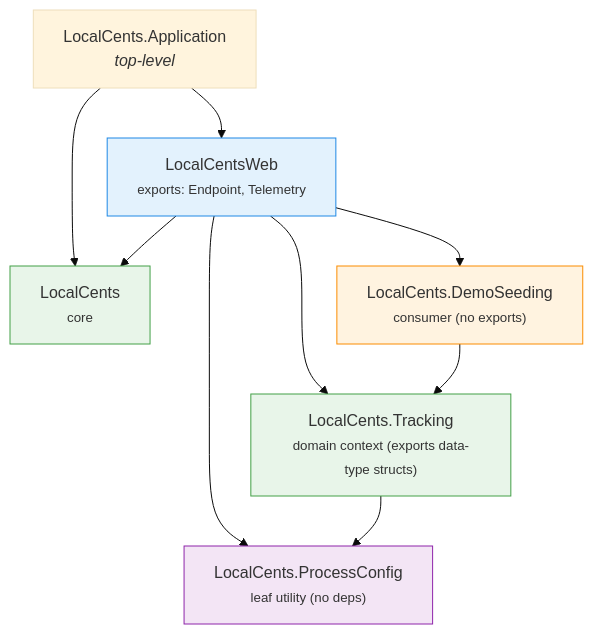
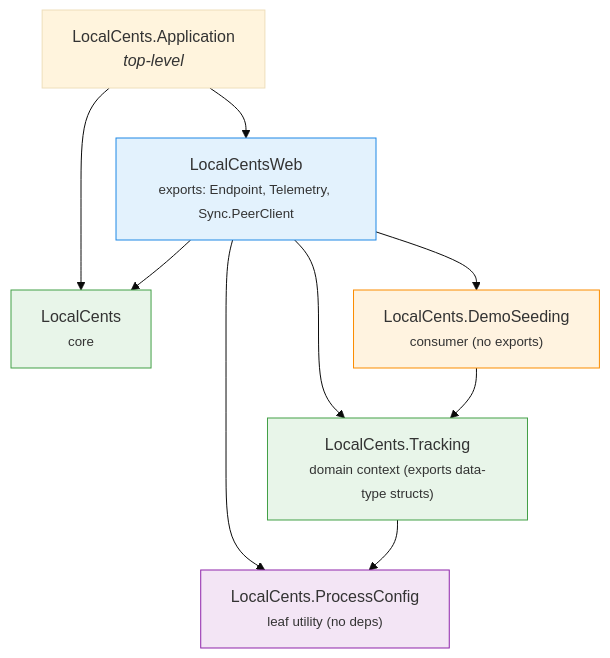
One commit to zorn/local_cents changed the first of 2 diagrams in docs/module-boundaries.md. Above: the diagram before and after it, drawn with Mermaid (base theme). The commit also changed other lines of this file and 18 other files, not shown here.

````diff
--- a/docs/module-boundaries.md
+++ b/docs/module-boundaries.md
@@ -85,27 +85,27 @@
 ```mermaid
 graph TD
     App["LocalCents.Application<br/><i>top-level</i>"]
-    Web["LocalCentsWeb<br/><small>exports: Endpoint, Telemetry</small>"]
+    Web["LocalCentsWeb<br/><small>exports: Endpoint, Telemetry, Sync.PeerClient</small>"]
     Core["LocalCents<br/><small>core</small>"]
     Tracking["LocalCents.Tracking<br/><small>domain context (exports data-type structs)</small>"]
     DemoSeeding["LocalCents.DemoSeeding<br/><small>consumer (no exports)</small>"]
     ProcessConfig["LocalCents.ProcessConfig<br/><small>leaf utility (no deps)</small>"]
 
     App --> Web
     App --> Core
     Web --> Core
     Web --> Tracking
     Web --> DemoSeeding
     Web --> ProcessConfig
     DemoSeeding --> Tracking
     Tracking --> ProcessConfig
 
     classDef context fill:#e8f5e9,stroke:#43a047;
     classDef web fill:#e3f2fd,stroke:#1e88e5;
     classDef consumer fill:#fff3e0,stroke:#fb8c00;
     classDef utility fill:#f3e5f5,stroke:#8e24aa;
     class Tracking,Core context;
     class Web web;
     class DemoSeeding consumer;
     class ProcessConfig utility;
 ```
````
